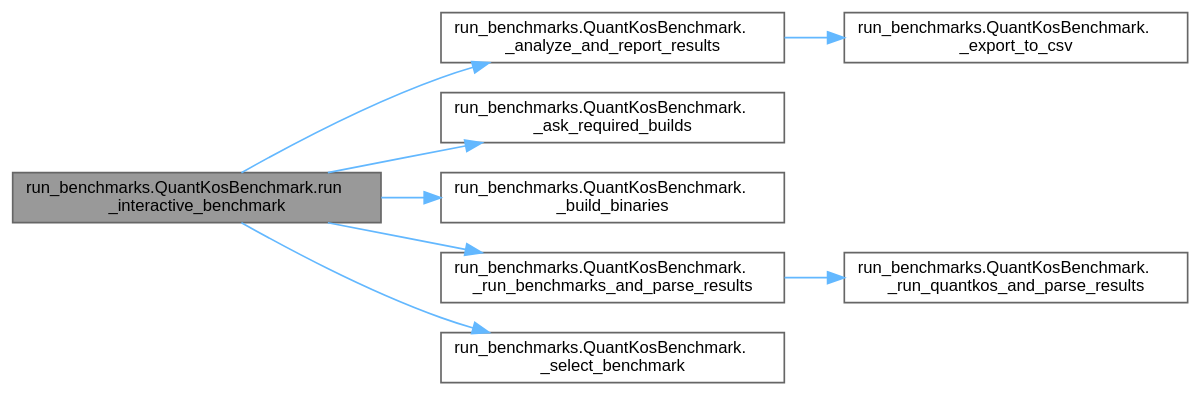
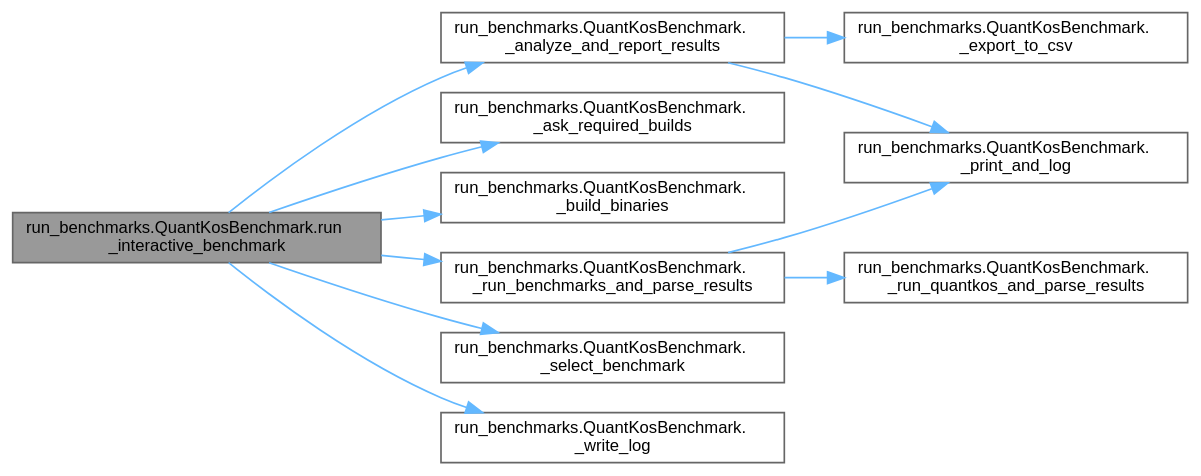
Before and after one commit to zeno-geddo/QuantKos: the diagram in dev-zen/classrun__benchmarks_1_1QuantKosBenchmark_a32a16e0e4819b55d5aa4db73c870bf87_cgraph.dot, drawn with Graphviz. The commit also changed 64 other files, not shown here.

```diff
--- a/dev-zen/classrun__benchmarks_1_1QuantKosBenchmark_a32a16e0e4819b55d5aa4db73c870bf87_cgraph.dot
+++ b/dev-zen/classrun__benchmarks_1_1QuantKosBenchmark_a32a16e0e4819b55d5aa4db73c870bf87_cgraph.dot
@@ -1,23 +1,28 @@
 digraph "run_benchmarks.QuantKosBenchmark.run_interactive_benchmark"
 {
  // LATEX_PDF_SIZE
   bgcolor="transparent";
   edge [fontname=Helvetica,fontsize=10,labelfontname=Helvetica,labelfontsize=10];
   node [fontname=Helvetica,fontsize=10,shape=box,height=0.2,width=0.4];
   rankdir="LR";
   Node1 [id="Node000001",label="run_benchmarks.QuantKosBenchmark.run\l_interactive_benchmark",height=0.2,width=0.4,color="gray40", fillcolor="grey60", style="filled", fontcolor="black",tooltip="Main interactive loop to build, select configs, run, and report benchmarks."];
   Node1 -> Node2 [id="edge1_Node000001_Node000002",color="steelblue1",style="solid",tooltip=" "];
-  Node2 [id="Node000002",label="run_benchmarks.QuantKosBenchmark.\l_analyze_and_report_results",height=0.2,width=0.4,color="grey40", fillcolor="white", style="filled",URL="$classrun__benchmarks_1_1QuantKosBenchmark.html#a1da919a17591a9ff92bd5742f80dc96d",tooltip="Analyzes raw execution metrics, computes speedups, and prints a benchmark table grouped by configurat..."];
+  Node2 [id="Node000002",label="run_benchmarks.QuantKosBenchmark.\l_analyze_and_report_results",height=0.2,width=0.4,color="grey40", fillcolor="white", style="filled",URL="$classrun__benchmarks_1_1QuantKosBenchmark.html#a1da919a17591a9ff92bd5742f80dc96d",tooltip="Analyzes raw execution metrics, computes wall and computation speedups, and prints a benchmark table ..."];
   Node2 -> Node3 [id="edge2_Node000002_Node000003",color="steelblue1",style="solid",tooltip=" "];
-  Node3 [id="Node000003",label="run_benchmarks.QuantKosBenchmark.\l_export_to_csv",height=0.2,width=0.4,color="grey40", fillcolor="white", style="filled",URL="$classrun__benchmarks_1_1QuantKosBenchmark.html#a1ef86312f4e63bdbabe1663a46ab5dfb",tooltip="Saves the raw and derived metrics to a CSV file for external analysis."];
-  Node1 -> Node4 [id="edge3_Node000001_Node000004",color="steelblue1",style="solid",tooltip=" "];
-  Node4 [id="Node000004",label="run_benchmarks.QuantKosBenchmark.\l_ask_required_builds",height=0.2,width=0.4,color="grey40", fillcolor="white", style="filled",URL="$classrun__benchmarks_1_1QuantKosBenchmark.html#ad5029c80439199c9c7fa65b73dc35637",tooltip=" "];
+  Node3 [id="Node000003",label="run_benchmarks.QuantKosBenchmark.\l_export_to_csv",height=0.2,width=0.4,color="grey40", fillcolor="white", style="filled",URL="$classrun__benchmarks_1_1QuantKosBenchmark.html#a1ef86312f4e63bdbabe1663a46ab5dfb",tooltip="Saves the raw and derived wall and computation metrics to a CSV file for external analysis."];
+  Node2 -> Node4 [id="edge3_Node000002_Node000004",color="steelblue1",style="solid",tooltip=" "];
+  Node4 [id="Node000004",label="run_benchmarks.QuantKosBenchmark.\l_print_and_log",height=0.2,width=0.4,color="grey40", fillcolor="white", style="filled",URL="$classrun__benchmarks_1_1QuantKosBenchmark.html#ac248baf8cd35f82a222ea29716d0a120",tooltip=" "];
   Node1 -> Node5 [id="edge4_Node000001_Node000005",color="steelblue1",style="solid",tooltip=" "];
-  Node5 [id="Node000005",label="run_benchmarks.QuantKosBenchmark.\l_build_binaries",height=0.2,width=0.4,color="grey40", fillcolor="white", style="filled",URL="$classrun__benchmarks_1_1QuantKosBenchmark.html#a40f48c2619b66e6c31ce1ea8b43c2086",tooltip=" "];
+  Node5 [id="Node000005",label="run_benchmarks.QuantKosBenchmark.\l_ask_required_builds",height=0.2,width=0.4,color="grey40", fillcolor="white", style="filled",URL="$classrun__benchmarks_1_1QuantKosBenchmark.html#ad5029c80439199c9c7fa65b73dc35637",tooltip=" "];
   Node1 -> Node6 [id="edge5_Node000001_Node000006",color="steelblue1",style="solid",tooltip=" "];
-  Node6 [id="Node000006",label="run_benchmarks.QuantKosBenchmark.\l_run_benchmarks_and_parse_results",height=0.2,width=0.4,color="grey40", fillcolor="white", style="filled",URL="$classrun__benchmarks_1_1QuantKosBenchmark.html#a3bc6a3d37612ad30ef994f5127194498",tooltip=" "];
-  Node6 -> Node7 [id="edge6_Node000006_Node000007",color="steelblue1",style="solid",tooltip=" "];
-  Node7 [id="Node000007",label="run_benchmarks.QuantKosBenchmark.\l_run_quantkos_and_parse_results",height=0.2,width=0.4,color="grey40", fillcolor="white", style="filled",URL="$classrun__benchmarks_1_1QuantKosBenchmark.html#a1a3cbb9c6841bf06ced3191c1fb0060e",tooltip=" "];
-  Node1 -> Node8 [id="edge7_Node000001_Node000008",color="steelblue1",style="solid",tooltip=" "];
-  Node8 [id="Node000008",label="run_benchmarks.QuantKosBenchmark.\l_select_benchmark",height=0.2,width=0.4,color="grey40", fillcolor="white", style="filled",URL="$classrun__benchmarks_1_1QuantKosBenchmark.html#ac997d4f0eead5b52bced097ab61b6e1f",tooltip="Helper to let the user select a benchmark config using the builder's Enum prompter."];
+  Node6 [id="Node000006",label="run_benchmarks.QuantKosBenchmark.\l_build_binaries",height=0.2,width=0.4,color="grey40", fillcolor="white", style="filled",URL="$classrun__benchmarks_1_1QuantKosBenchmark.html#a40f48c2619b66e6c31ce1ea8b43c2086",tooltip=" "];
+  Node1 -> Node7 [id="edge6_Node000001_Node000007",color="steelblue1",style="solid",tooltip=" "];
+  Node7 [id="Node000007",label="run_benchmarks.QuantKosBenchmark.\l_run_benchmarks_and_parse_results",height=0.2,width=0.4,color="grey40", fillcolor="white", style="filled",URL="$classrun__benchmarks_1_1QuantKosBenchmark.html#a3bc6a3d37612ad30ef994f5127194498",tooltip=" "];
+  Node7 -> Node4 [id="edge7_Node000007_Node000004",color="steelblue1",style="solid",tooltip=" "];
+  Node7 -> Node8 [id="edge8_Node000007_Node000008",color="steelblue1",style="solid",tooltip=" "];
+  Node8 [id="Node000008",label="run_benchmarks.QuantKosBenchmark.\l_run_quantkos_and_parse_results",height=0.2,width=0.4,color="grey40", fillcolor="white", style="filled",URL="$classrun__benchmarks_1_1QuantKosBenchmark.html#a1a3cbb9c6841bf06ced3191c1fb0060e",tooltip=" "];
+  Node1 -> Node9 [id="edge9_Node000001_Node000009",color="steelblue1",style="solid",tooltip=" "];
+  Node9 [id="Node000009",label="run_benchmarks.QuantKosBenchmark.\l_select_benchmark",height=0.2,width=0.4,color="grey40", fillcolor="white", style="filled",URL="$classrun__benchmarks_1_1QuantKosBenchmark.html#ac997d4f0eead5b52bced097ab61b6e1f",tooltip="Helper to let the user select a benchmark config using the builder's Enum prompter."];
+  Node1 -> Node10 [id="edge10_Node000001_Node000010",color="steelblue1",style="solid",tooltip=" "];
+  Node10 [id="Node000010",label="run_benchmarks.QuantKosBenchmark.\l_write_log",height=0.2,width=0.4,color="grey40", fillcolor="white", style="filled",URL="$classrun__benchmarks_1_1QuantKosBenchmark.html#a13ef91a8aa2ec1842d9d79a089b12cfd",tooltip=" "];
 }
```
